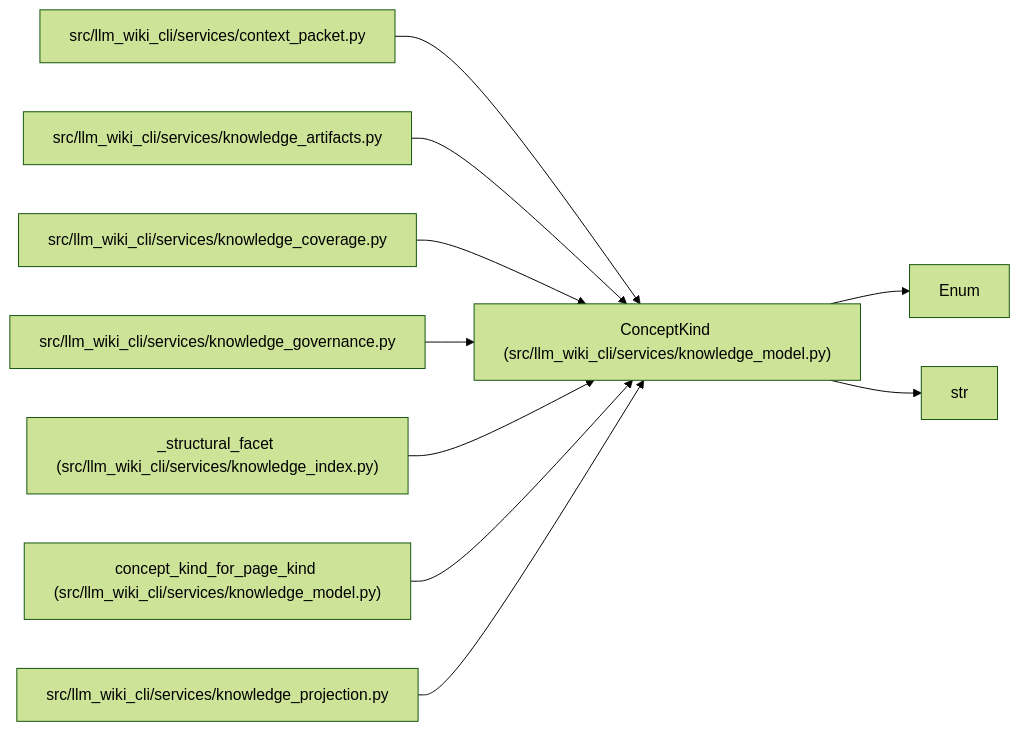
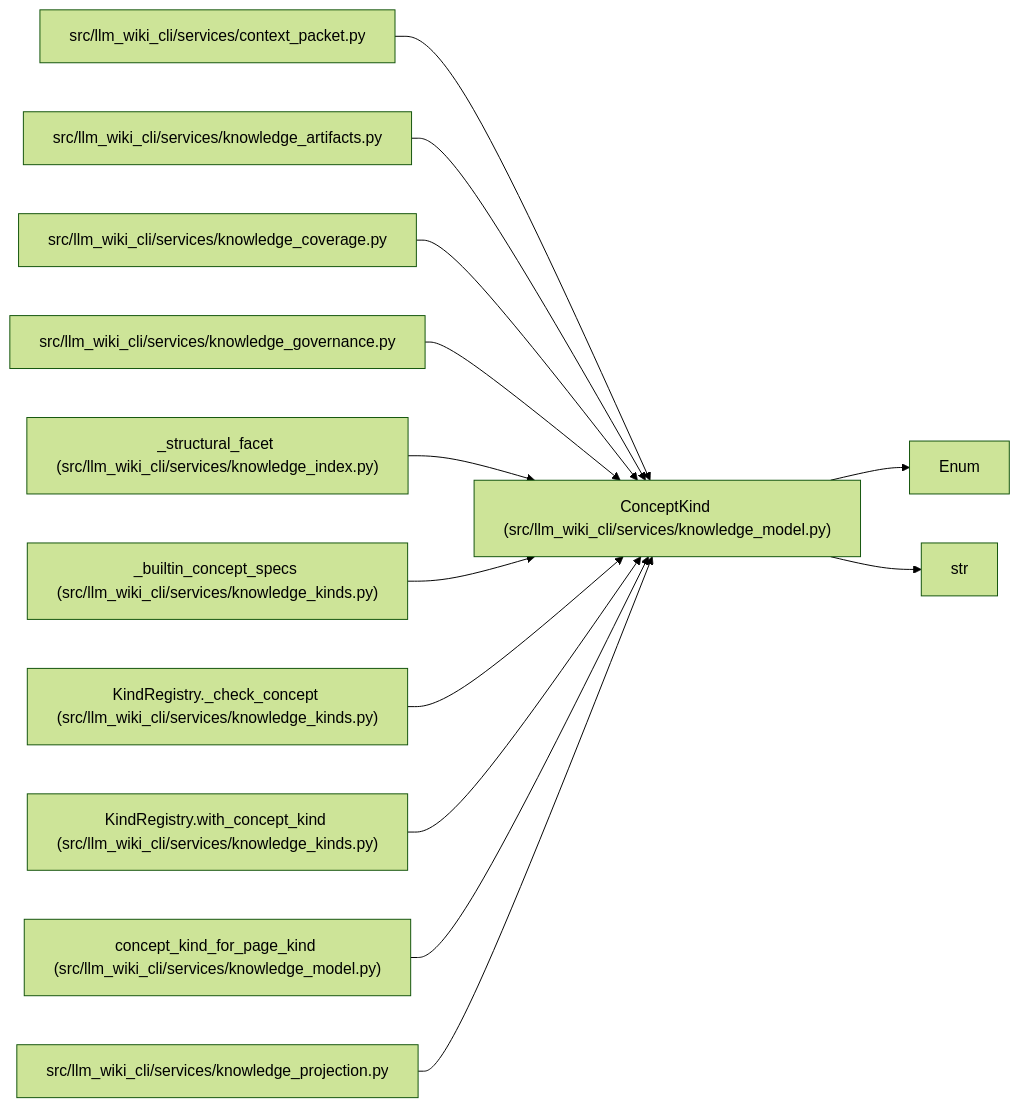
The diagram in docs/llm_wiki/entities/ConceptKind.md (Denissvgn/python-wiki-llm), drawn with Mermaid (forest theme) before and after one commit. The commit also changed other lines of this file and 1555 other files, not shown here.

````diff
--- a/docs/llm_wiki/entities/ConceptKind.md
+++ b/docs/llm_wiki/entities/ConceptKind.md
@@ -36,30 +36,39 @@
 ```mermaid
 flowchart LR
     n0["ConceptKind (src/llm_wiki_cli/services/knowledge_model.py)"]
     n1["Enum"]
     n2["str"]
     n3["src/llm_wiki_cli/services/context_packet.py"]
     n4["src/llm_wiki_cli/services/knowledge_artifacts.py"]
     n5["src/llm_wiki_cli/services/knowledge_coverage.py"]
     n6["src/llm_wiki_cli/services/knowledge_governance.py"]
     n7["_structural_facet (src/llm_wiki_cli/services/knowledge_index.py)"]
-    n8["concept_kind_for_page_kind (src/llm_wiki_cli/services/knowledge_model.py)"]
-    n9["src/llm_wiki_cli/services/knowledge_projection.py"]
+    n8["_builtin_concept_specs (src/llm_wiki_cli/services/knowledge_kinds.py)"]
+    n9["KindRegistry._check_concept (src/llm_wiki_cli/services/knowledge_kinds.py)"]
+    n10["KindRegistry.with_concept_kind (src/llm_wiki_cli/services/knowledge_kinds.py)"]
+    n11["concept_kind_for_page_kind (src/llm_wiki_cli/services/knowledge_model.py)"]
+    n12["src/llm_wiki_cli/services/knowledge_projection.py"]
     n0 --> n1
     n0 --> n2
     n3 --> n0
     n4 --> n0
     n5 --> n0
     n6 --> n0
     n7 --> n0
     n8 --> n0
     n9 --> n0
+    n10 --> n0
+    n11 --> n0
+    n12 --> n0
     click n0 "../modules/knowledge_model.md"
     click n3 "../modules/context_packet.md"
     click n4 "../modules/knowledge_artifacts.md"
     click n5 "../modules/knowledge_coverage.md"
     click n6 "../modules/knowledge_governance.md"
     click n7 "../modules/knowledge_index.md"
-    click n8 "../modules/knowledge_model.md"
-    click n9 "../modules/knowledge_projection.md"
+    click n8 "../modules/knowledge_kinds.md"
+    click n9 "../modules/knowledge_kinds.md"
+    click n10 "../modules/knowledge_kinds.md"
+    click n11 "../modules/knowledge_model.md"
+    click n12 "../modules/knowledge_projection.md"
 ```
````
